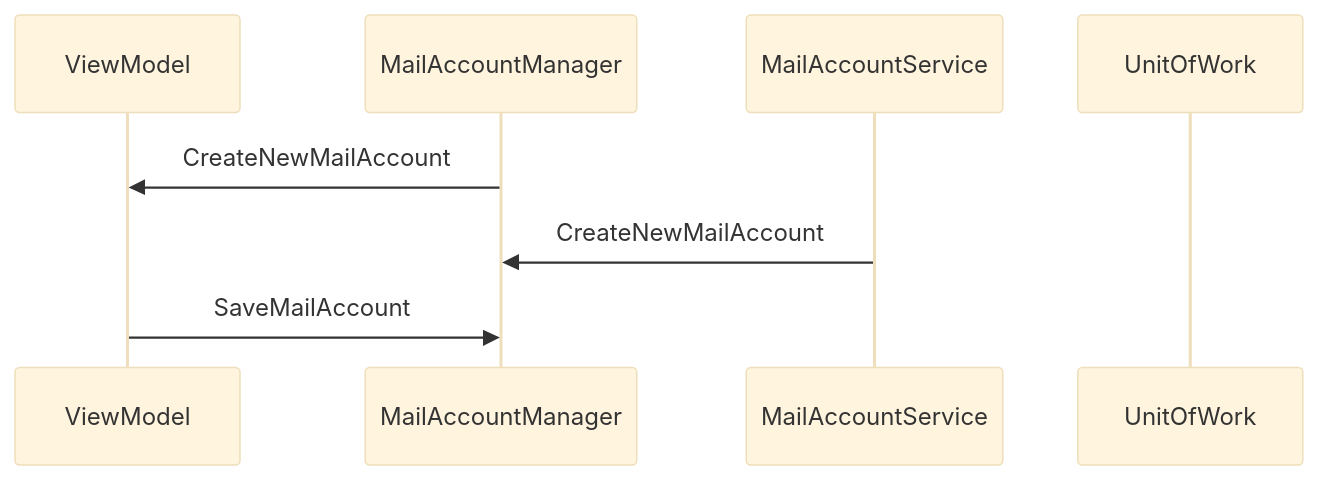
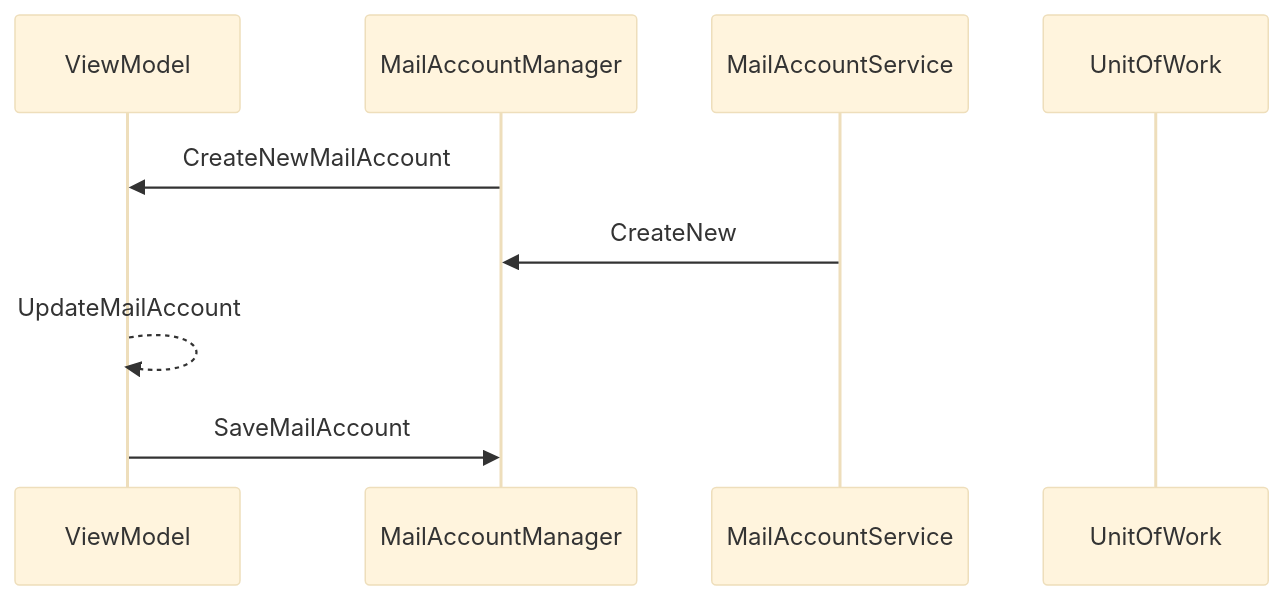
Before and after one commit to jan-schubert/Mailie: the diagram in Documentation/Settings.md, drawn with Mermaid (base theme). The commit also changed other lines of this file, not shown here.

Commit message:
Documentation/Settings.md updated from https://stackedit.io/

````diff
--- a/Documentation/Settings.md
+++ b/Documentation/Settings.md
@@ -4,11 +4,12 @@
 ```mermaid
 sequenceDiagram
 participant ViewModel
 participant MailAccountManager
 participant MailAccountService
 participant UnitOfWork
 
 MailAccountManager->>ViewModel: CreateNewMailAccount
-MailAccountService->>MailAccountManager: CreateNewMailAccount
+MailAccountService->>MailAccountManager: CreateNew
+ViewModel-->>ViewModel: UpdateMailAccount
 ViewModel->>MailAccountManager: SaveMailAccount
 ```
````
